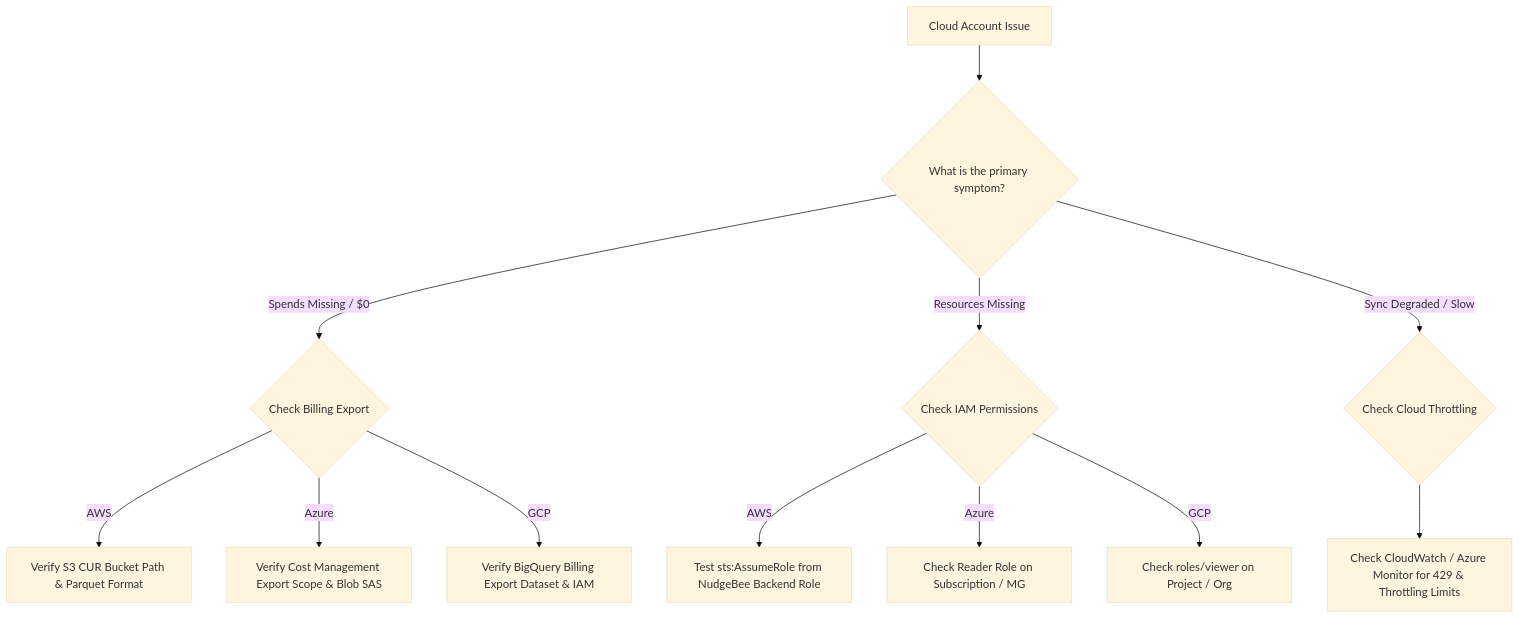
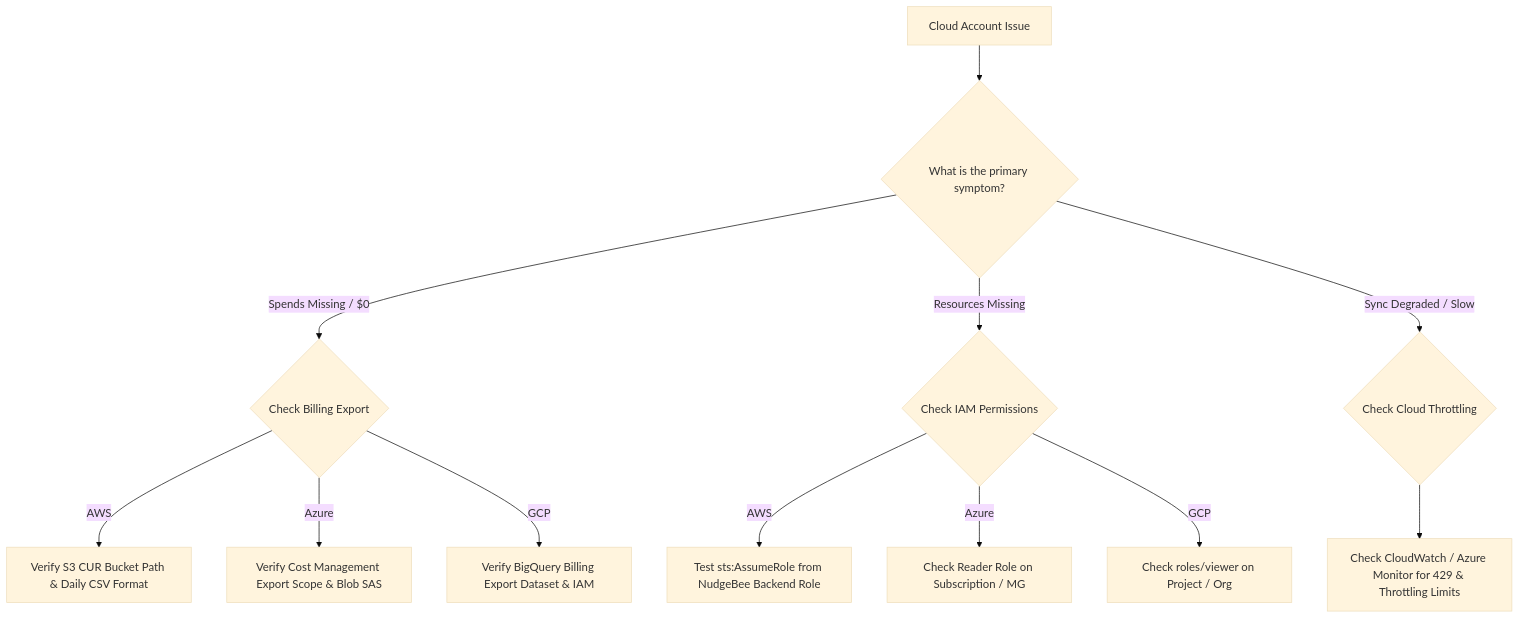
Before and after one commit to nudgebee/nudgebee-docs: the diagram in doc-server/docs/features/Cloud/troubleshooting.md, drawn with Mermaid (base theme). The commit also changed other lines of this file and 28 other files, not shown here.

````diff
--- a/doc-server/docs/features/Cloud/troubleshooting.md
+++ b/doc-server/docs/features/Cloud/troubleshooting.md
@@ -20,17 +19,17 @@
 ```mermaid
 flowchart TD
     Start[Cloud Account Issue] --> Problem{What is the primary symptom?}
 
     Problem -->|Spends Missing / $0| S1{Check Billing Export}
-    S1 -->|AWS| S2[Verify S3 CUR Bucket Path & Parquet Format]
+    S1 -->|AWS| S2[Verify S3 CUR Bucket Path & Daily CSV Format]
     S1 -->|Azure| S3[Verify Cost Management Export Scope & Blob SAS]
     S1 -->|GCP| S4[Verify BigQuery Billing Export Dataset & IAM]
 
     Problem -->|Resources Missing| R1{Check IAM Permissions}
     R1 -->|AWS| R2[Test sts:AssumeRole from NudgeBee Backend Role]
     R1 -->|Azure| R3[Check Reader Role on Subscription / MG]
     R1 -->|GCP| R4[Check roles/viewer on Project / Org]
 
     Problem -->|Sync Degraded / Slow| T1{Check Cloud Throttling}
     T1 --> T2[Check CloudWatch / Azure Monitor for 429 & Throttling Limits]
 ```
````
